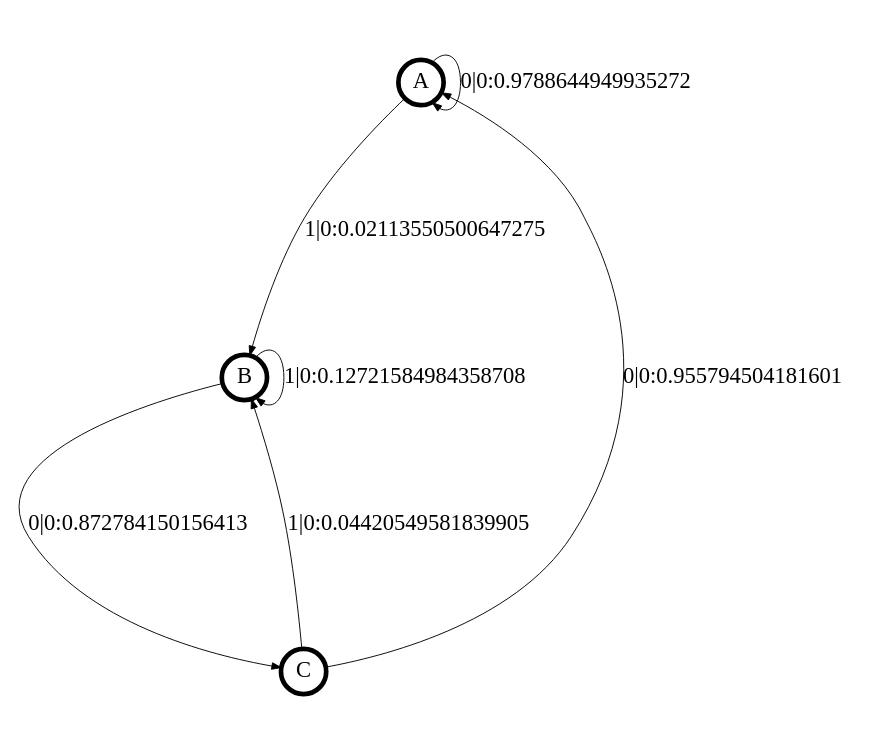
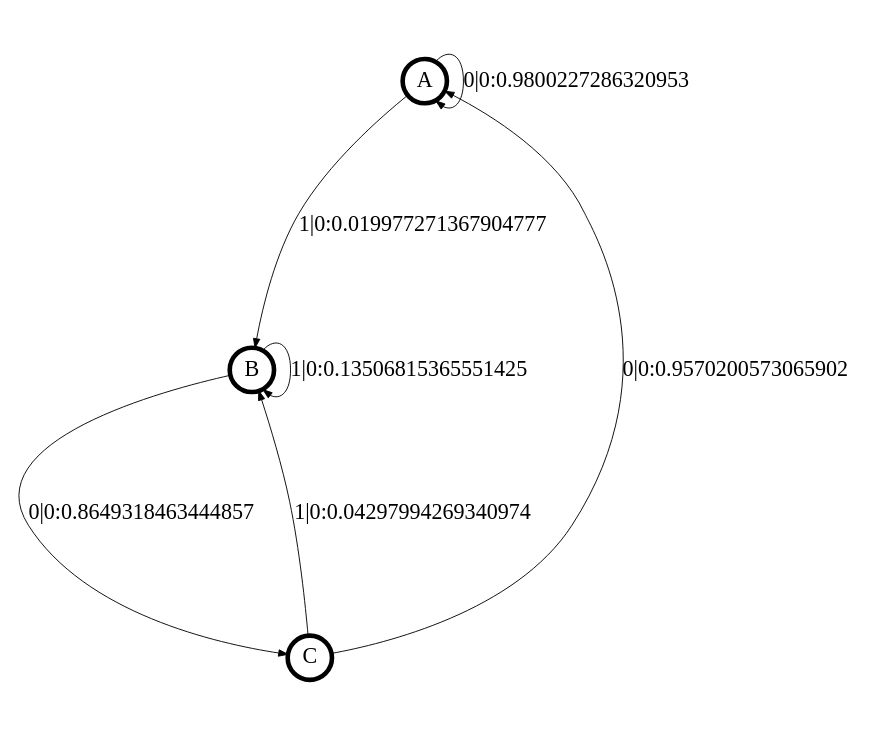
The diagram in transCSSR-master/transCSSR_results/+user1.dot (OdalysBar/HonorsThesis-TikTok), drawn with Graphviz before and after one commit. The commit also changed 275 other files, not shown here.

```diff
--- a/transCSSR-master/transCSSR_results/+user1.dot
+++ b/transCSSR-master/transCSSR_results/+user1.dot
@@ -1,18 +1,18 @@
 digraph  {
 size = "6,8.5";
 ratio = "fill";
 node
 [shape = circle];
 node [fontsize = 24];
 node [penwidth = 5];
 edge [fontsize = 24];
 node [fontname = "CMU Serif Roman"];
 graph [fontname = "CMU Serif Roman"];
 edge [fontname = "CMU Serif Roman"];
-A -> A [label = "0|0:0.9788644949935272\l"];
-A -> B [label = "1|0:0.02113550500647275\l"];
-B -> B [label = "1|0:0.12721584984358708\l"];
-B -> C [label = "0|0:0.872784150156413\l"];
-C -> A [label = "0|0:0.955794504181601\l"];
-C -> B [label = "1|0:0.04420549581839905\l"];
+A -> A [label = "0|0:0.9800227286320953\l"];
+A -> B [label = "1|0:0.019977271367904777\l"];
+B -> B [label = "1|0:0.13506815365551425\l"];
+B -> C [label = "0|0:0.8649318463444857\l"];
+C -> A [label = "0|0:0.9570200573065902\l"];
+C -> B [label = "1|0:0.04297994269340974\l"];
 }
```
